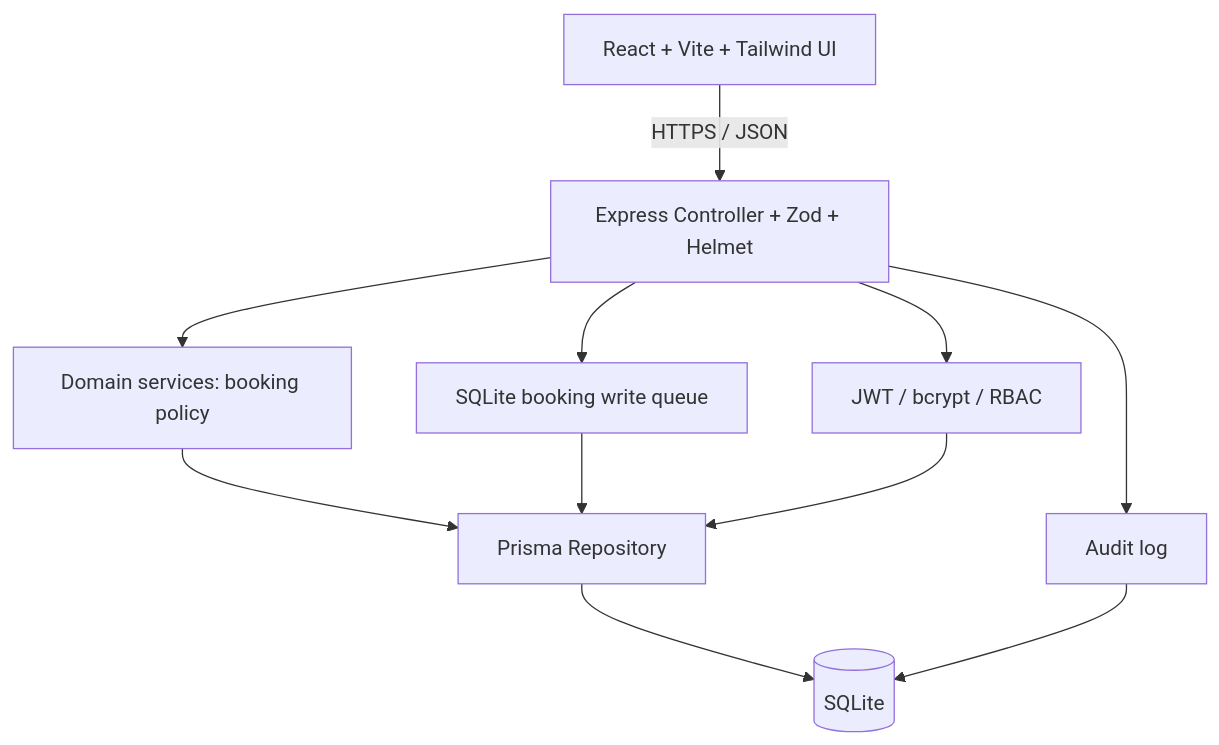
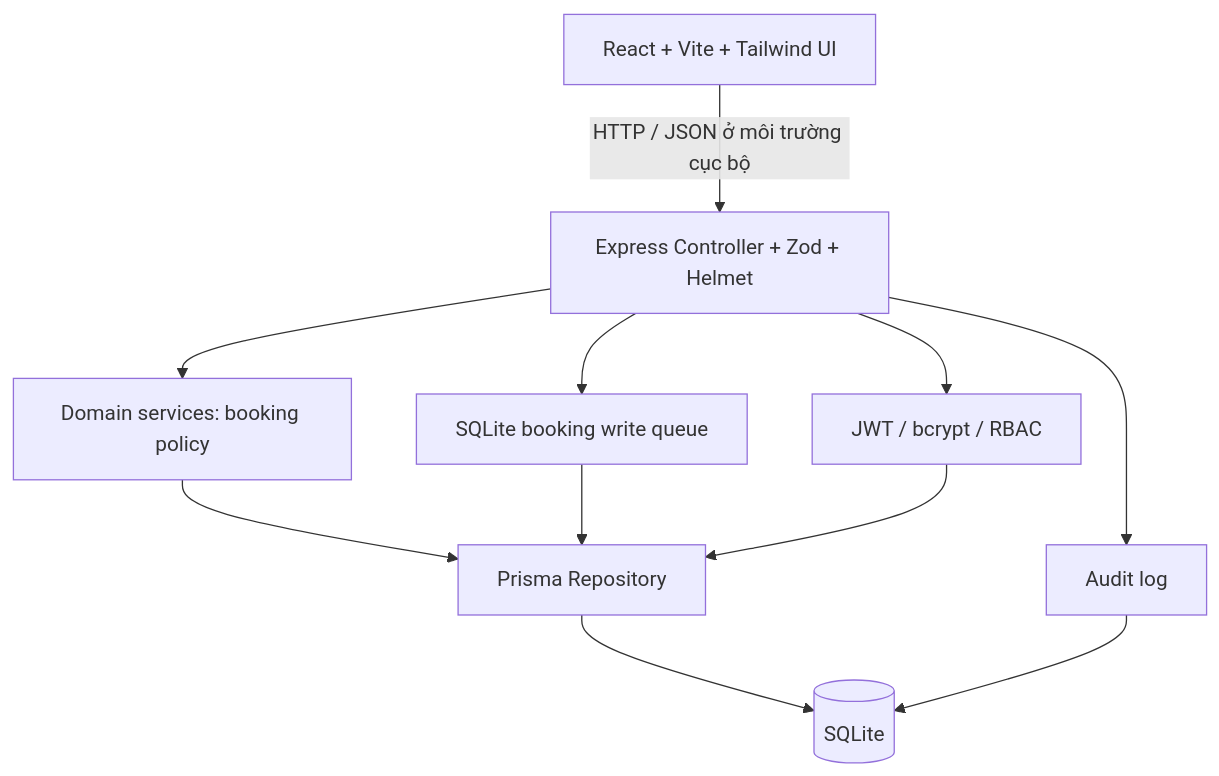
The third of 3 diagrams in docs/00-diagrams.md (bachiep/studyspace-quality-assurance), drawn with Mermaid before and after one commit. The commit also changed other lines of this file and 32 other files, not shown here.

````diff
--- a/docs/00-diagrams.md
+++ b/docs/00-diagrams.md
@@ -41,13 +43,13 @@
 ```mermaid
 flowchart TB
-  UI[React + Vite + Tailwind UI] -->|HTTPS / JSON| API[Express Controller + Zod + Helmet]
+  UI[React + Vite + Tailwind UI] -->|HTTP / JSON ở môi trường cục bộ| API[Express Controller + Zod + Helmet]
   API --> Domain[Domain services: booking policy]
   API --> Auth[JWT / bcrypt / RBAC]
   API --> Queue[SQLite booking write queue]
   Domain --> Data[Prisma Repository]
   Queue --> Data
   Auth --> Data
   Data --> DB[(SQLite)]
   API --> Audit[Audit log]
   Audit --> DB
 ```
````
